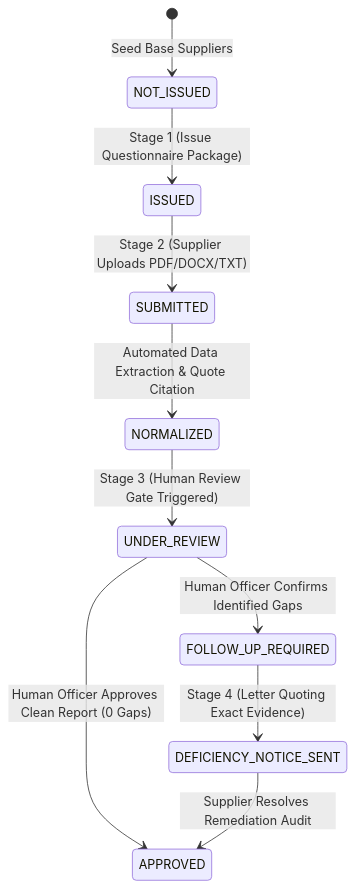
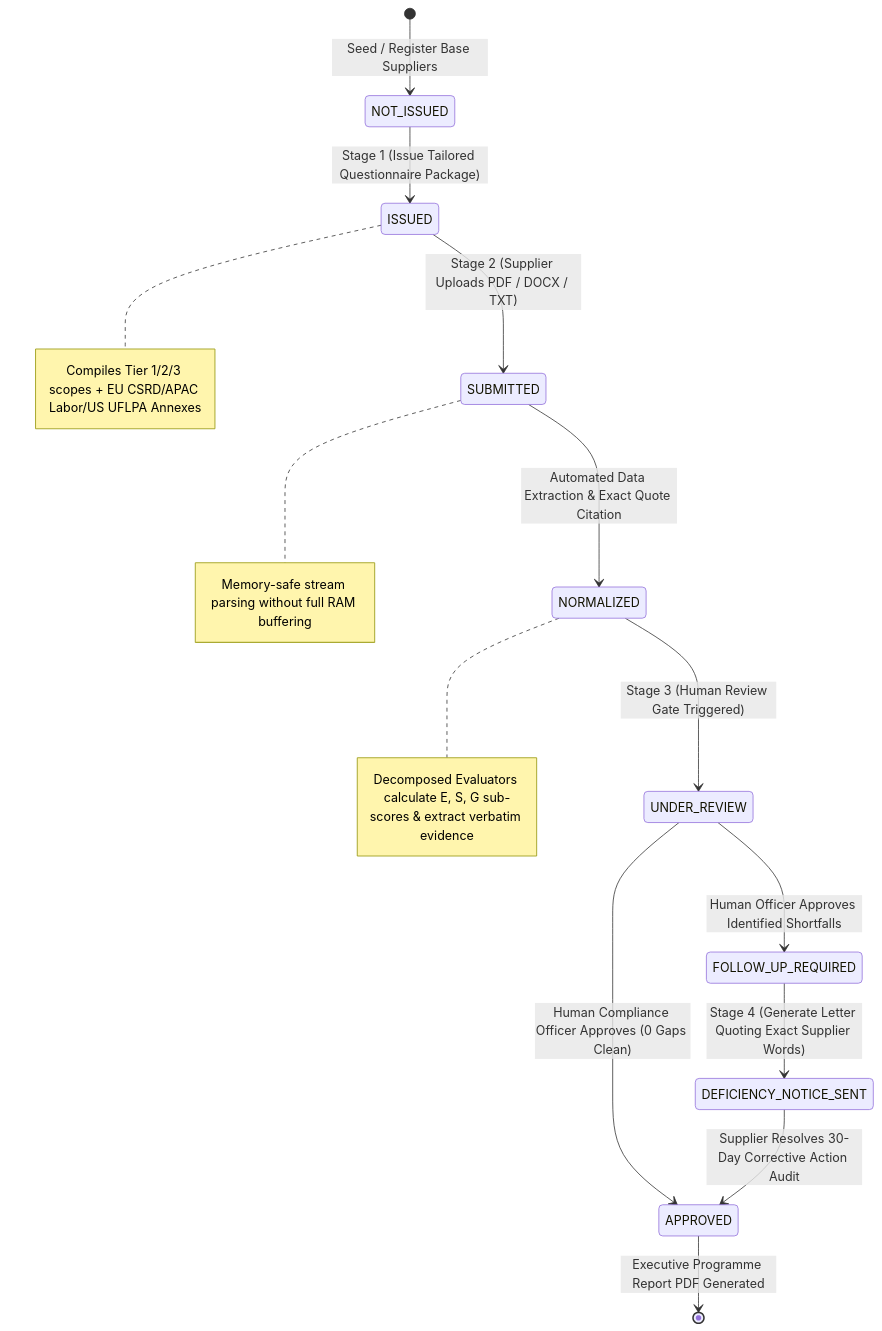
The second of 2 diagrams in README.md (AkshatSoni26/superdocs-task2), drawn with Mermaid before and after one commit. The commit also changed other lines of this file and 2 other files, not shown here.

Commit message:
docs: update structured enterprise documentation and add docs/ARCHITECTURE.md

````diff
--- a/README.md
+++ b/README.md
@@ -60,12 +96,23 @@
 ```mermaid
 stateDiagram-v2
-    [*] --> NOT_ISSUED: Seed Base Suppliers
-    NOT_ISSUED --> ISSUED: Stage 1 (Issue Questionnaire Package)
-    ISSUED --> SUBMITTED: Stage 2 (Supplier Uploads PDF/DOCX/TXT)
-    SUBMITTED --> NORMALIZED: Automated Data Extraction & Quote Citation
+    [*] --> NOT_ISSUED: Seed / Register Base Suppliers
+    
+    NOT_ISSUED --> ISSUED: Stage 1 (Issue Tailored Questionnaire Package)
+    note right of ISSUED: Compiles Tier 1/2/3 scopes + EU CSRD/APAC Labor/US UFLPA Annexes
+    
+    ISSUED --> SUBMITTED: Stage 2 (Supplier Uploads PDF / DOCX / TXT)
+    note right of SUBMITTED: Memory-safe stream parsing without full RAM buffering
+    
+    SUBMITTED --> NORMALIZED: Automated Data Extraction & Exact Quote Citation
+    note right of NORMALIZED: Decomposed Evaluators calculate E, S, G sub-scores & extract verbatim evidence
+    
     NORMALIZED --> UNDER_REVIEW: Stage 3 (Human Review Gate Triggered)
-    UNDER_REVIEW --> APPROVED: Human Officer Approves Clean Report (0 Gaps)
-    UNDER_REVIEW --> FOLLOW_UP_REQUIRED: Human Officer Confirms Identified Gaps
-    FOLLOW_UP_REQUIRED --> DEFICIENCY_NOTICE_SENT: Stage 4 (Letter Quoting Exact Evidence)
-    DEFICIENCY_NOTICE_SENT --> APPROVED: Supplier Resolves Remediation Audit
+    
+    UNDER_REVIEW --> APPROVED: Human Compliance Officer Approves (0 Gaps Clean)
+    UNDER_REVIEW --> FOLLOW_UP_REQUIRED: Human Officer Approves Identified Shortfalls
+    
+    FOLLOW_UP_REQUIRED --> DEFICIENCY_NOTICE_SENT: Stage 4 (Generate Letter Quoting Exact Supplier Words)
+    DEFICIENCY_NOTICE_SENT --> APPROVED: Supplier Resolves 30-Day Corrective Action Audit
+    
+    APPROVED --> [*]: Executive Programme Report PDF Generated
 ```
````
